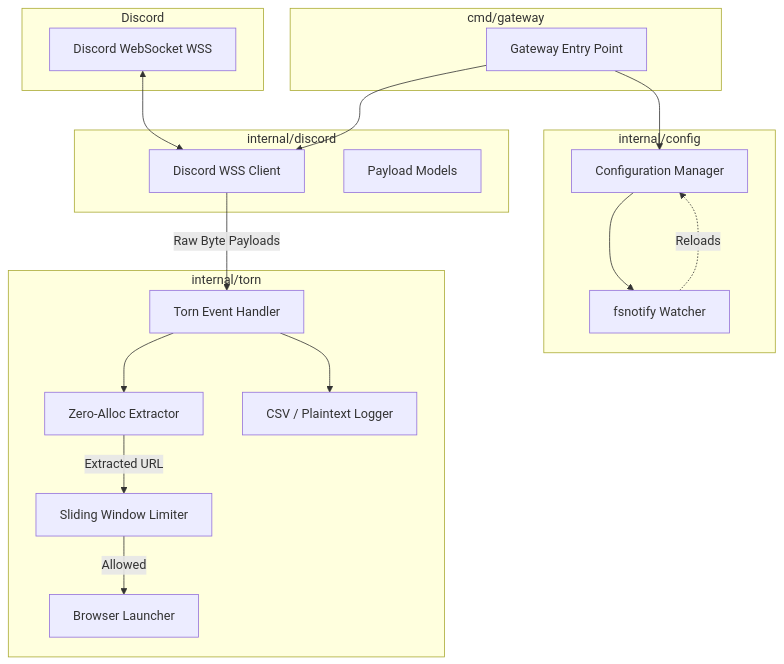
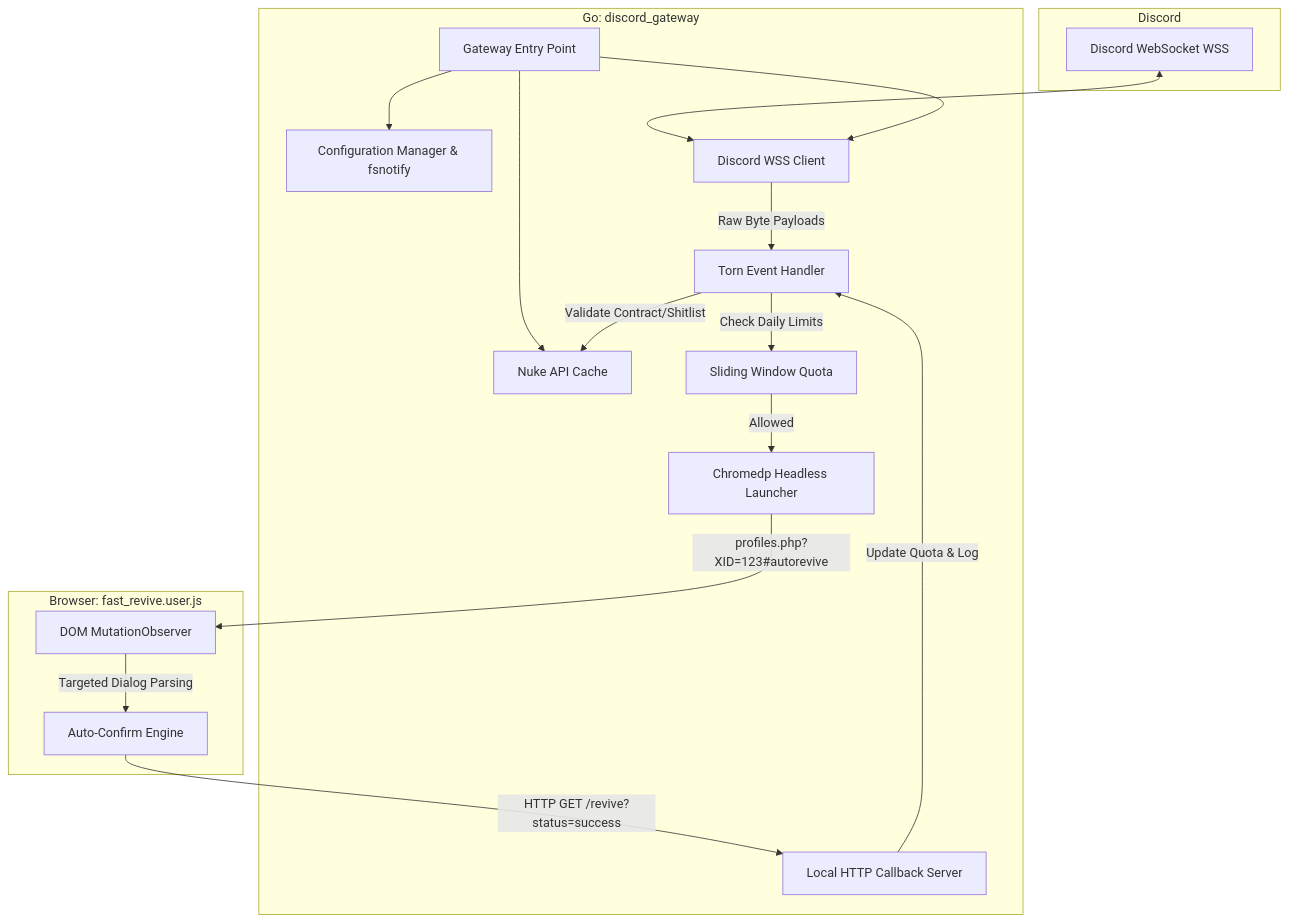
Before and after one commit to KAwasthi2889/Discord_Gateway: the diagram in README.md, drawn with Mermaid. The commit also changed other lines of this file and 45 other files, not shown here.

Commit message:
Refactor discord_gateway to modular architecture and separate userscripts

````diff
--- a/README.md
+++ b/README.md
@@ -19,40 +20,38 @@
 ```mermaid
 flowchart TD
     subgraph Discord
         WSS[Discord WebSocket WSS]
     end
 
-    subgraph "cmd/gateway"
+    subgraph "Go: discord_gateway"
         App[Gateway Entry Point]
+        Config[Configuration Manager & fsnotify]
+        Nuke[Nuke API Cache]
+        Client[Discord WSS Client]
+        
+        Handler[Torn Event Handler]
+        RateLimit[Sliding Window Quota]
+        Browser[Chromedp Headless Launcher]
+        Callback[Local HTTP Callback Server]
     end
 
-    subgraph "internal/config"
-        Config[Configuration Manager]
-        FSN[fsnotify Watcher]
-    end
-
-    subgraph "internal/discord"
-        Client[Discord WSS Client]
-        Models[Payload Models]
-    end
-
-    subgraph "internal/torn"
-        Handler[Torn Event Handler]
-        Extractor[Zero-Alloc Extractor]
-        RateLimit[Sliding Window Limiter]
-        Browser[Browser Launcher]
-        Logger[CSV / Plaintext Logger]
+    subgraph "Browser: fast_revive.user.js"
+        Observer[DOM MutationObserver]
+        Engine[Auto-Confirm Engine]
     end
 
     WSS <--> Client
     App --> Client
     App --> Config
-    Config --> FSN
-    FSN -. Reloads .-> Config
+    App --> Nuke
     
     Client -- "Raw Byte Payloads" --> Handler
-    Handler --> Extractor
-    Extractor -- "Extracted URL" --> RateLimit
+    Handler -- "Validate Contract/Shitlist" --> Nuke
+    Handler -- "Check Daily Limits" --> RateLimit
     RateLimit -- "Allowed" --> Browser
-    Handler --> Logger
+    
+    Browser -- "profiles.php?XID=123#autorevive" --> Observer
+    Observer -- "Targeted Dialog Parsing" --> Engine
+    Engine -- "HTTP GET /revive?status=success" --> Callback
+    Callback -- "Update Quota & Log" --> Handler
 ```
````
